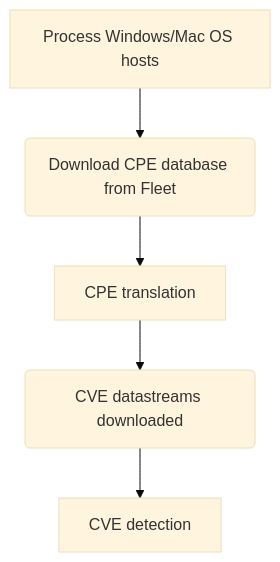
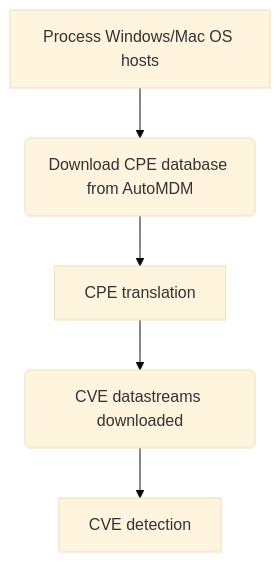
Before and after one commit to anilyagiz/AutoMDM: the fourth of 7 diagrams in docs/Contributing/vulnerability-management/vulnerability-processing.md, drawn with Mermaid (base theme). The commit also changed other lines of this file and 7979 other files, not shown here.

First line of the commit message:
Rebrand Fleet as AutoMDM (mechanical pass)

````diff
--- a/docs/Contributing/vulnerability-management/vulnerability-processing.md
+++ b/docs/Contributing/vulnerability-management/vulnerability-processing.md
@@ -242,7 +242,7 @@
   ```mermaid
   graph TD;
-    process[Process Windows/Mac OS hosts] -->downloadCPE(Download CPE database from Fleet)
+    process[Process Windows/Mac OS hosts] -->downloadCPE(Download CPE database from AutoMDM)
     downloadCPE-->cpeTranslate[CPE translation]
     cpeTranslate-->cveDownload(CVE datastreams downloaded)
     cveDownload-->cveMap[CVE detection]
   ```
````
